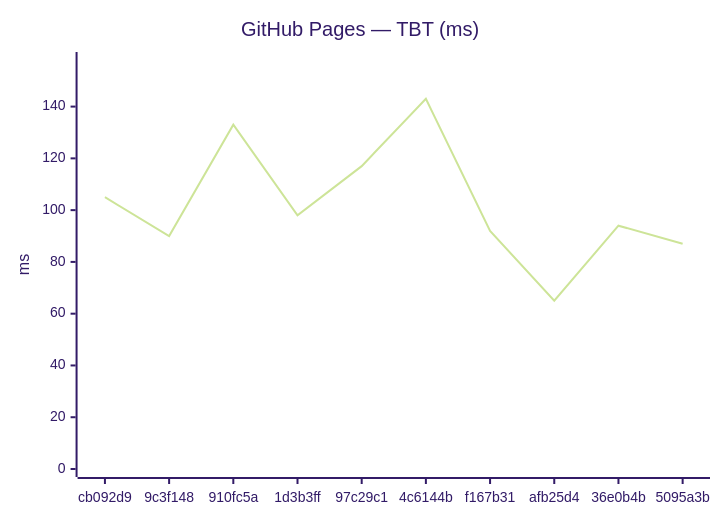
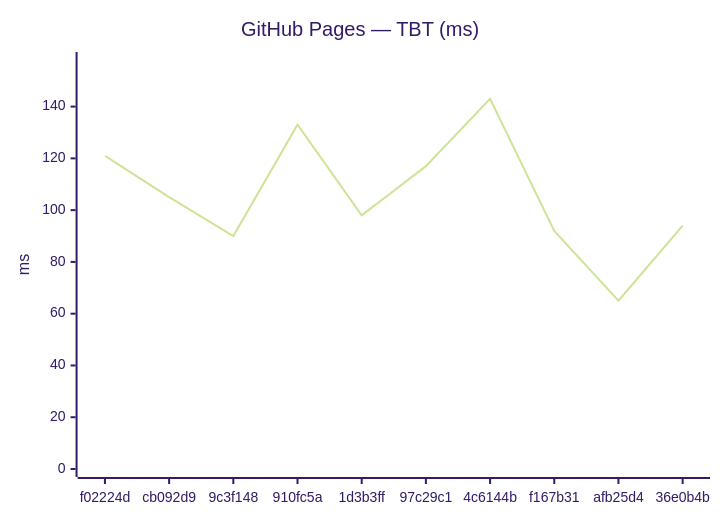
Before and after one commit to Metaheurist/Rianell: the fourth of 18 diagrams in benchmarks/compare.md, drawn with Mermaid (forest theme). The commit also changed other lines of this file and 11 other files, not shown here.

````diff
--- a/benchmarks/compare.md
+++ b/benchmarks/compare.md
@@ -61,7 +61,7 @@
 ```mermaid
 xychart-beta
     title "GitHub Pages — TBT (ms)"
-    x-axis ["cb092d9", "9c3f148", "910fc5a", "1d3b3ff", "97c29c1", "4c6144b", "f167b31", "afb25d4", "36e0b4b", "5095a3b"]
+    x-axis ["f02224d", "cb092d9", "9c3f148", "910fc5a", "1d3b3ff", "97c29c1", "4c6144b", "f167b31", "afb25d4", "36e0b4b"]
     y-axis "ms" 0 --> 158
-    line [105, 90, 133, 98, 117, 143, 92, 65, 94, 87]
+    line [121, 105, 90, 133, 98, 117, 143, 92, 65, 94]
 ```
````
